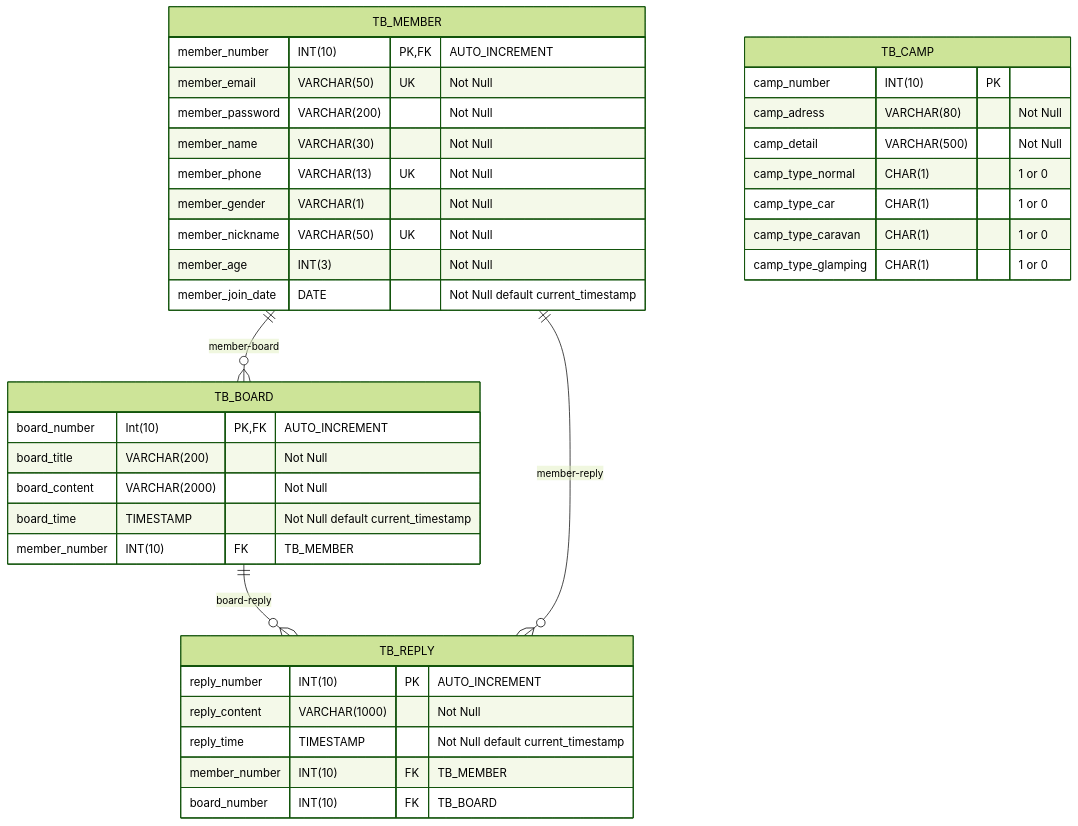
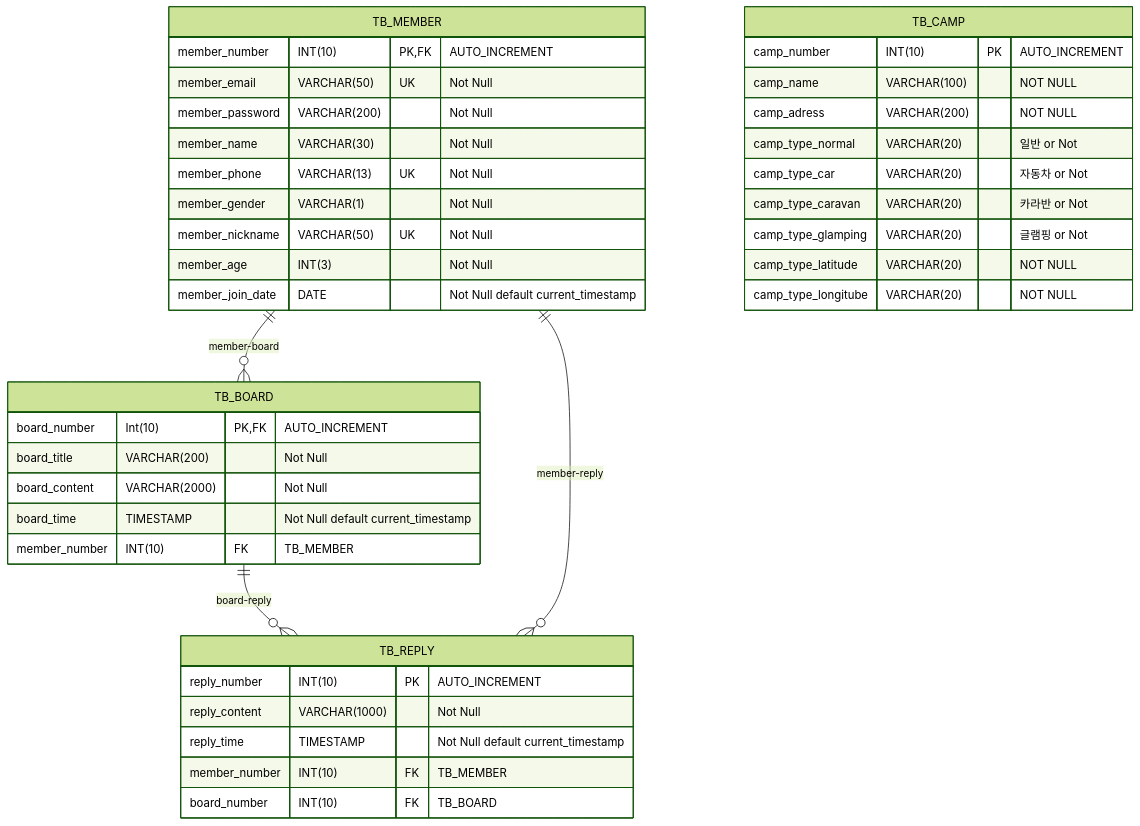
The third of 5 diagrams in docs/README.md (Choongang-Third-Project/jeju-campking), drawn with Mermaid (forest theme) before and after one commit. The commit also changed other lines of this file and 1 other file, not shown here.

````diff
--- a/docs/README.md
+++ b/docs/README.md
@@ -172,45 +141,47 @@
 ```mermaid
 erDiagram
     TB_MEMBER ||--o{ TB_BOARD: member-board
     TB_BOARD ||--o{ TB_REPLY: board-reply
     TB_MEMBER ||--o{ TB_REPLY: member-reply
 
     TB_MEMBER {
         member_number INT(10) PK, FK "AUTO_INCREMENT"
         member_email VARCHAR(50) UK "Not Null"
         member_password VARCHAR(200) "Not Null"
         member_name VARCHAR(30) "Not Null"
         member_phone VARCHAR(13) UK "Not Null"
         member_gender VARCHAR(1) "Not Null"
         member_nickname VARCHAR(50) UK "Not Null"
         member_age INT(3) "Not Null"
         member_join_date DATE "Not Null default current_timestamp"
     }
 
     TB_BOARD {
         board_number Int(10) PK, FK "AUTO_INCREMENT"
         board_title VARCHAR(200) "Not Null"
         board_content VARCHAR(2000) "Not Null"
         board_time TIMESTAMP "Not Null default current_timestamp"
         member_number INT(10) FK "TB_MEMBER"
     }
 
     TB_REPLY {
         reply_number INT(10) PK "AUTO_INCREMENT"
         reply_content VARCHAR(1000) "Not Null"
         reply_time TIMESTAMP "Not Null default current_timestamp"
         member_number INT(10) FK "TB_MEMBER"
         board_number INT(10) FK "TB_BOARD"
     }
 
     TB_CAMP {
-        camp_number INT(10) PK
-        camp_adress VARCHAR(80) "Not Null"
-        camp_detail VARCHAR(500) "Not Null"
-        camp_type_normal CHAR(1) "1 or 0"
-        camp_type_car CHAR(1) "1 or 0"
-        camp_type_caravan CHAR(1) "1 or 0"
-        camp_type_glamping CHAR(1) "1 or 0"
+        camp_number INT(10) PK "AUTO_INCREMENT"
+        camp_name VARCHAR(100) "NOT NULL"
+        camp_adress VARCHAR(200) "NOT NULL"
+        camp_type_normal VARCHAR(20) "일반 or Not"
+        camp_type_car VARCHAR(20) "자동차 or Not"
+        camp_type_caravan VARCHAR(20) "카라반 or Not"
+        camp_type_glamping VARCHAR(20) "글램핑 or Not"
+        camp_type_latitude VARCHAR(20) "NOT NULL"
+        camp_type_longitube VARCHAR(20) "NOT NULL"
     }
 
 ```
````
